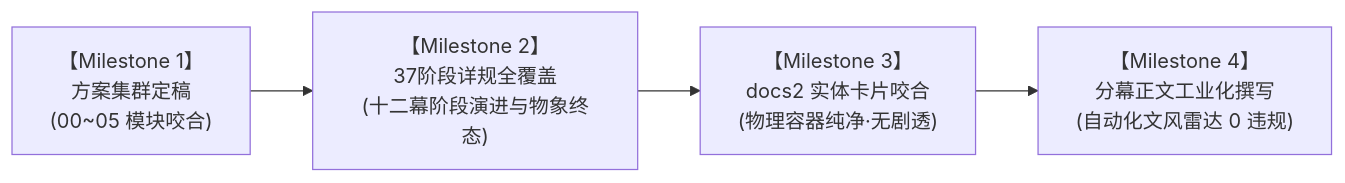
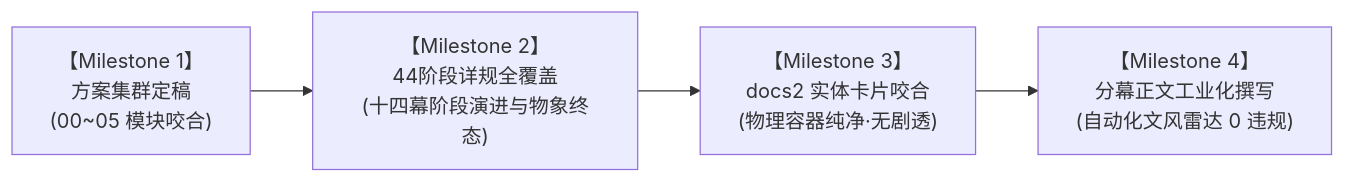
One commit to soranokiseki1437/eldoria-worldbook changed the fifth of 5 diagrams in 方案/第二部/主线与世界扩充方案/00_第二部宏篇主线总纲与方案管理中枢.md. Above: the diagram before and after it, drawn with Mermaid. The commit also changed other lines of this file and 7 other files, not shown here.

````diff
--- a/方案/第二部/主线与世界扩充方案/00_第二部宏篇主线总纲与方案管理中枢.md
+++ b/方案/第二部/主线与世界扩充方案/00_第二部宏篇主线总纲与方案管理中枢.md
@@ -363,6 +365,6 @@
 ```mermaid
 graph LR
-    M1["【Milestone 1】<br/>方案集群定稿<br/>(00~05 模块咬合)"] --> M2["【Milestone 2】<br/>37阶段详规全覆盖<br/>(十二幕阶段演进与物象终态)"]
+    M1["【Milestone 1】<br/>方案集群定稿<br/>(00~05 模块咬合)"] --> M2["【Milestone 2】<br/>44阶段详规全覆盖<br/>(十四幕阶段演进与物象终态)"]
     M2 --> M3["【Milestone 3】<br/>docs2 实体卡片咬合<br/>(物理容器纯净·无剧透)"]
     M3 --> M4["【Milestone 4】<br/>分幕正文工业化撰写<br/>(自动化文风雷达 0 违规)"]
 ```
````
